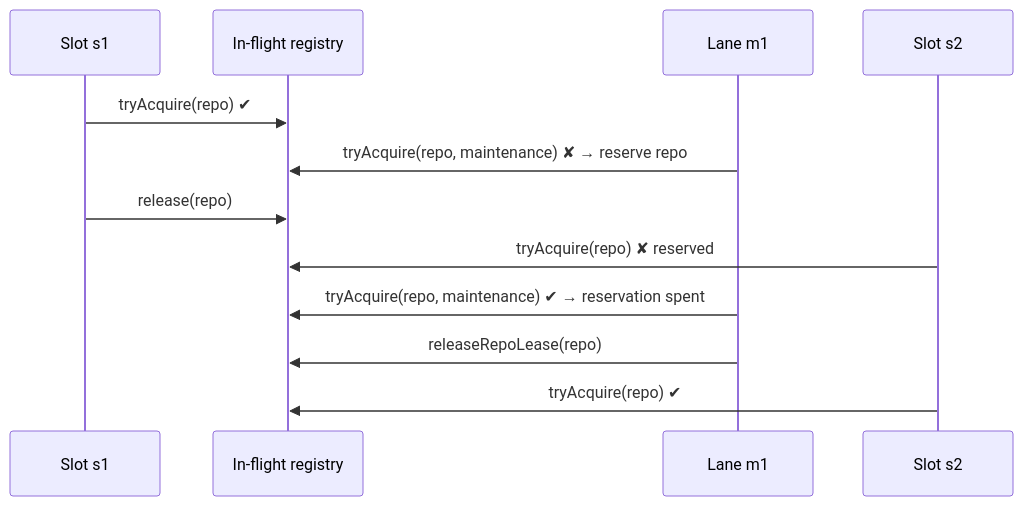
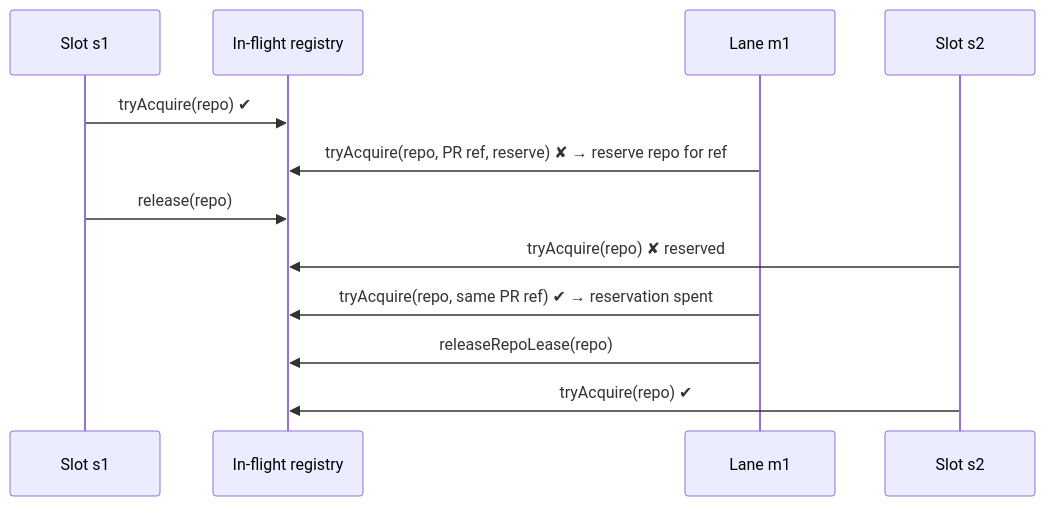
Before and after one commit to stSoftwareAU/VibeCoder: the fourth of 5 diagrams in docs/workflows/README.md, drawn with Mermaid. The commit also changed other lines of this file and 8 other files, not shown here.

````diff
--- a/docs/workflows/README.md
+++ b/docs/workflows/README.md
@@ -287,14 +298,14 @@
 ```mermaid
 sequenceDiagram
   participant S1 as Slot s1
   participant R as In-flight registry
   participant L as Lane m1
   participant S2 as Slot s2
   S1->>R: tryAcquire(repo) ✔
-  L->>R: tryAcquire(repo, maintenance) ✘ → reserve repo
+  L->>R: tryAcquire(repo, PR ref, reserve) ✘ → reserve repo for ref
   S1->>R: release(repo)
   S2->>R: tryAcquire(repo) ✘ reserved
-  L->>R: tryAcquire(repo, maintenance) ✔ → reservation spent
+  L->>R: tryAcquire(repo, same PR ref) ✔ → reservation spent
   L->>R: releaseRepoLease(repo)
   S2->>R: tryAcquire(repo) ✔
 ```
````
